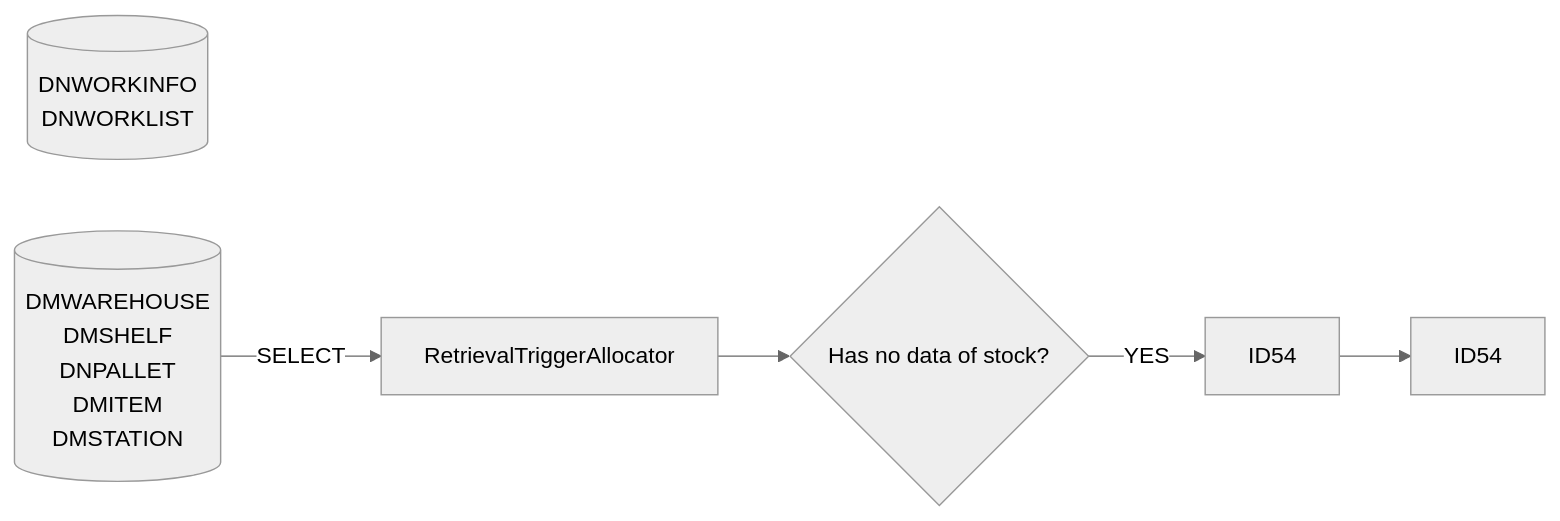
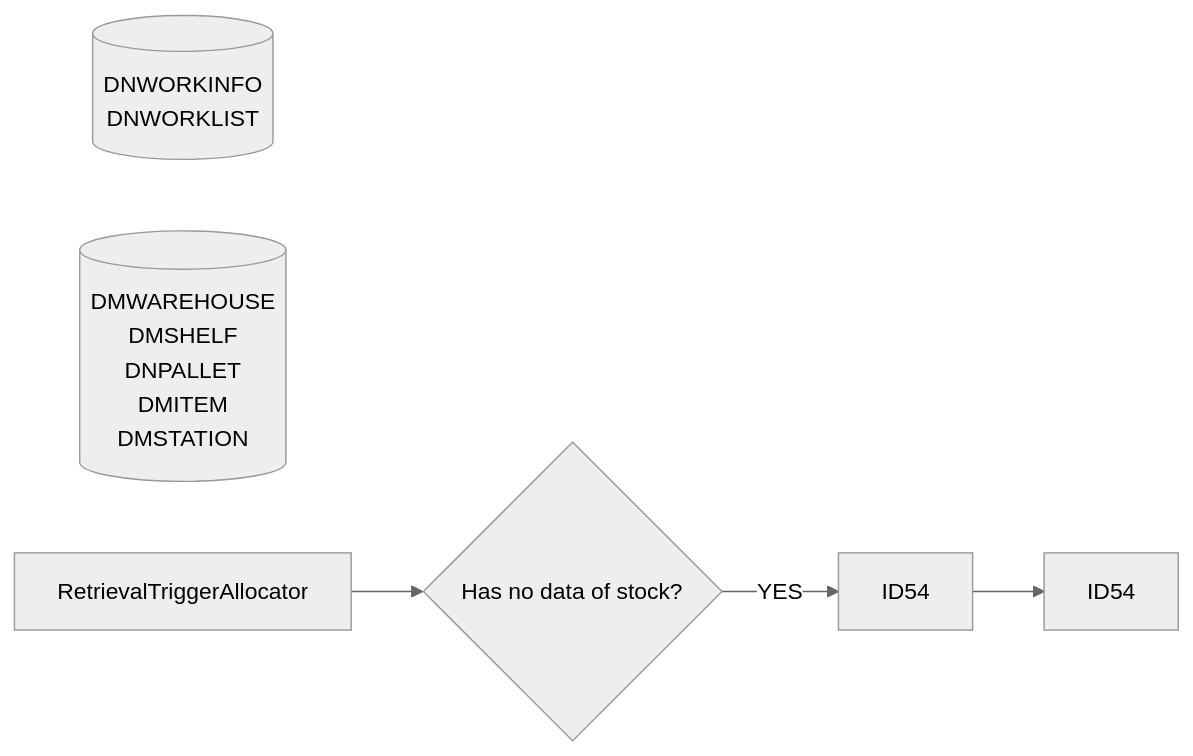
One commit to luthfiadityaa/SimeDarby-Wiki changed the third of 12 diagrams in Basic-Design/DFD-WMS/Retrieval/Stacked-Empty-Pallet.md. Above: the diagram before and after it, drawn with Mermaid (neutral theme).

Commit message:
Updated Stacked Empty Pallet

```diff
--- a/Basic-Design/DFD-WMS/Retrieval/Stacked-Empty-Pallet.md
+++ b/Basic-Design/DFD-WMS/Retrieval/Stacked-Empty-Pallet.md
@@ -86,25 +86,22 @@
 ::: mermaid
 flowchart LR    
 
     tableList-insert[("
         DNWORKINFO
         DNWORKLIST
     ")]
 
      tableList-select[("
         DMWAREHOUSE
         DMSHELF
         DNPALLET
         DMITEM
         DMSTATION
     ")]
 
     className[RetrievalTriggerAllocator]
-
     className --> Cond3{Has no data of stock?} --> | YES | P1[ID54] --> P2[ID54]
-
-    tableList-select --> |SELECT| className
 
     classDef leftAlign text-align:left;
     class input leftAlign;
 :::
```
